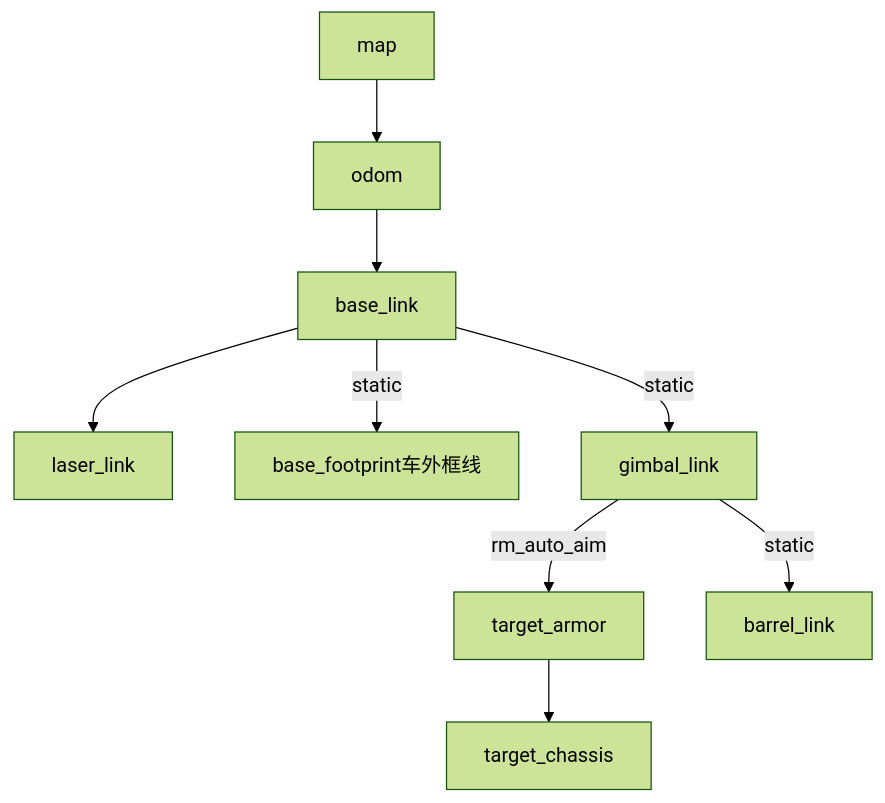
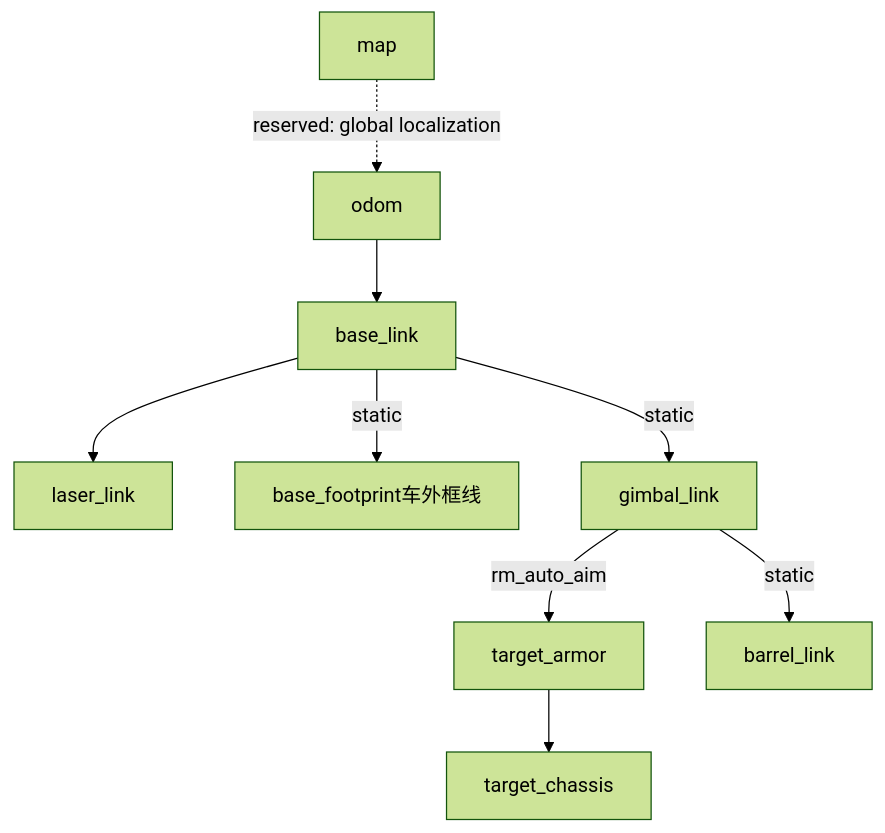
Before and after one commit to Venom-Algorithm/Venom_VNV: the diagram in docs/modules/standards/tf_tree.md, drawn with Mermaid (forest theme). The commit also changed other lines of this file and 15 other files, not shown here.

Commit message:
docs: align docs with recent architecture updates

````diff
--- a/docs/modules/standards/tf_tree.md
+++ b/docs/modules/standards/tf_tree.md
@@ -12,11 +14,11 @@
 ```mermaid
 flowchart TD
-    map --> odom
+    map -. "reserved: global localization" .-> odom
     odom --> base_link
     base_link --> laser_link
     base_link -->|static| base_footprint["base_footprint车外框线"]
     base_link -->|static| gimbal_link
     gimbal_link -->|rm_auto_aim| target_armor
     gimbal_link -->|static| barrel_link
     target_armor --> target_chassis
 ```
````
